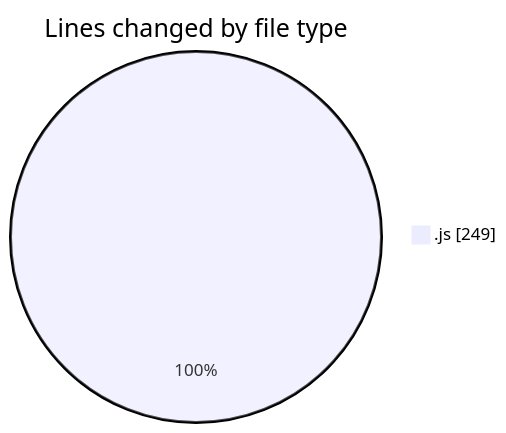
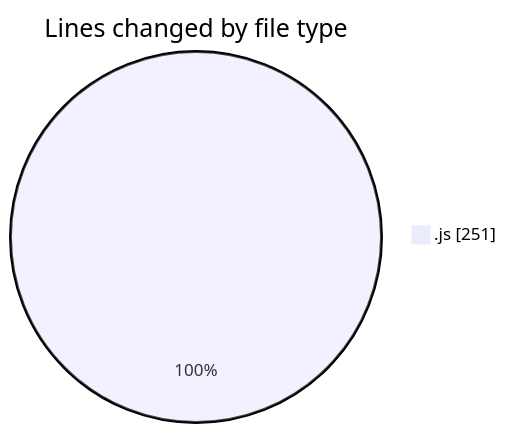
One commit to nxtqubesakshisongat/code-tracking changed the first of 2 diagrams in 2025-06-20/nxtqube_webapp/README.md. Above: the diagram before and after it, drawn with Mermaid. The commit also changed other lines of this file and 1 other file, not shown here.

````diff
--- a/2025-06-20/nxtqube_webapp/README.md
+++ b/2025-06-20/nxtqube_webapp/README.md
@@ -24,5 +24,5 @@
 ```mermaid
 pie showData
 title Lines changed by file type
-".js" : 249
+".js" : 251
 ```
````
